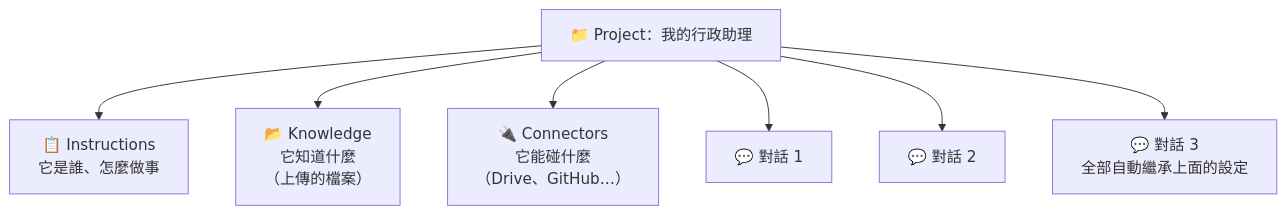
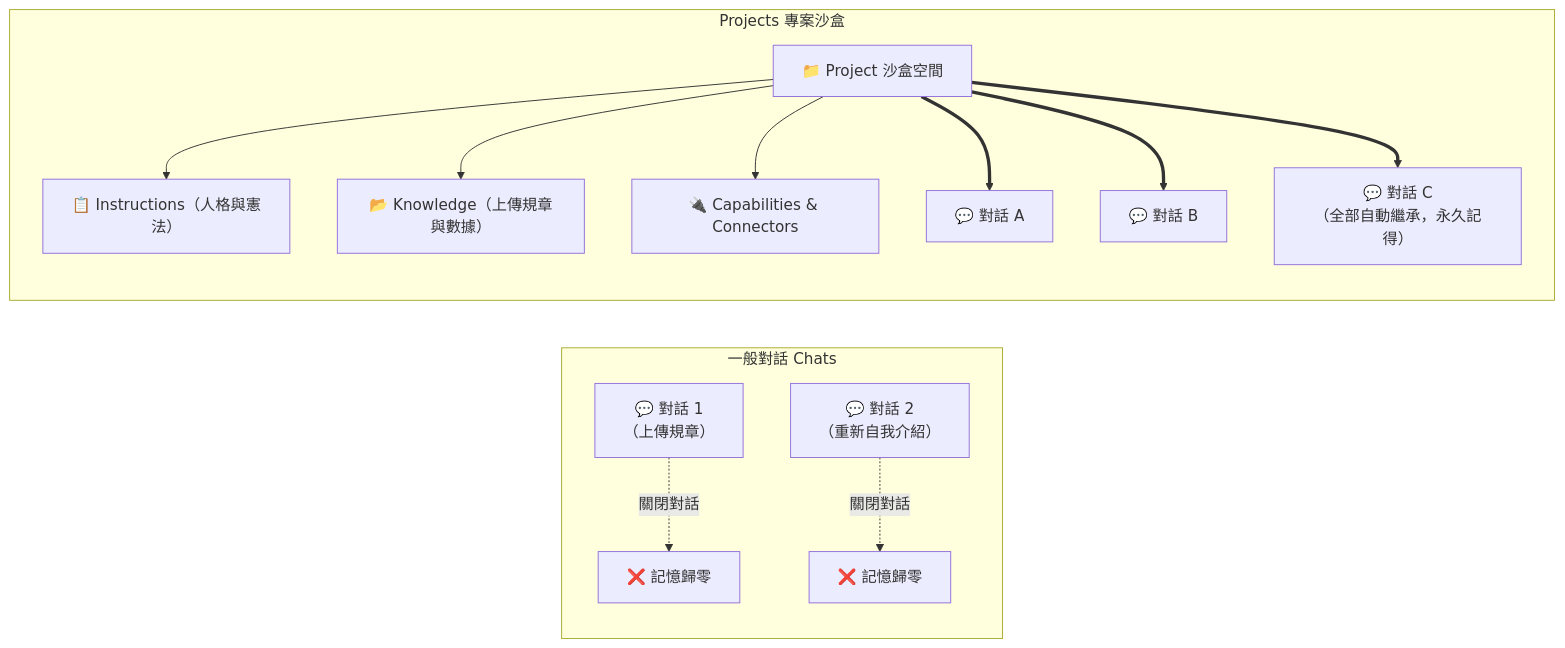
The first of 3 diagrams in Claude_ai/Projects/README.md (roberthsu2003/workflow-productivity), drawn with Mermaid before and after one commit. The commit also changed other lines of this file and 40 other files, not shown here.

````diff
--- a/Claude_ai/Projects/README.md
+++ b/Claude_ai/Projects/README.md
@@ -21,10 +14,17 @@
 ```mermaid
-graph TD
-    P["📁 Project：我的行政助理"]
-    P --> I["📋 Instructions<br/>它是誰、怎麼做事"]
-    P --> K["📂 Knowledge<br/>它知道什麼<br/>（上傳的檔案）"]
-    P --> C["🔌 Connectors<br/>它能碰什麼<br/>（Drive、GitHub…）"]
-    P --> C1["💬 對話 1"]
-    P --> C2["💬 對話 2"]
-    P --> C3["💬 對話 3<br/>全部自動繼承上面的設定"]
+graph LR
+    subgraph 一般對話 Chats
+        C1["💬 對話 1<br/>（上傳規章）"] -.->|關閉對話| X1["❌ 記憶歸零"]
+        C2["💬 對話 2<br/>（重新自我介紹）"] -.->|關閉對話| X2["❌ 記憶歸零"]
+    end
+
+    subgraph Projects 專案沙盒
+        P["📁 Project 沙盒空間"]
+        P --> I["📋 Instructions（人格與憲法）"]
+        P --> K["📂 Knowledge（上傳規章與數據）"]
+        P --> Con["🔌 Capabilities & Connectors"]
+        P ==> W1["💬 對話 A"]
+        P ==> W2["💬 對話 B"]
+        P ==> W3["💬 對話 C<br/>（全部自動繼承，永久記得）"]
+    end
 ```
````
